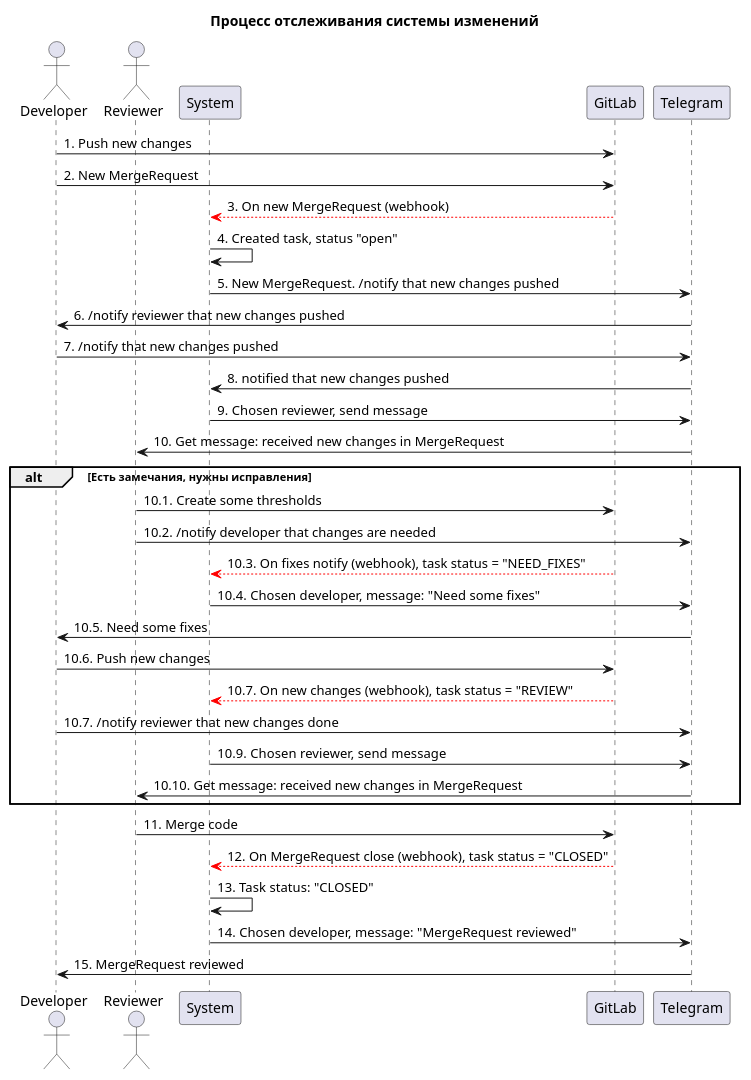
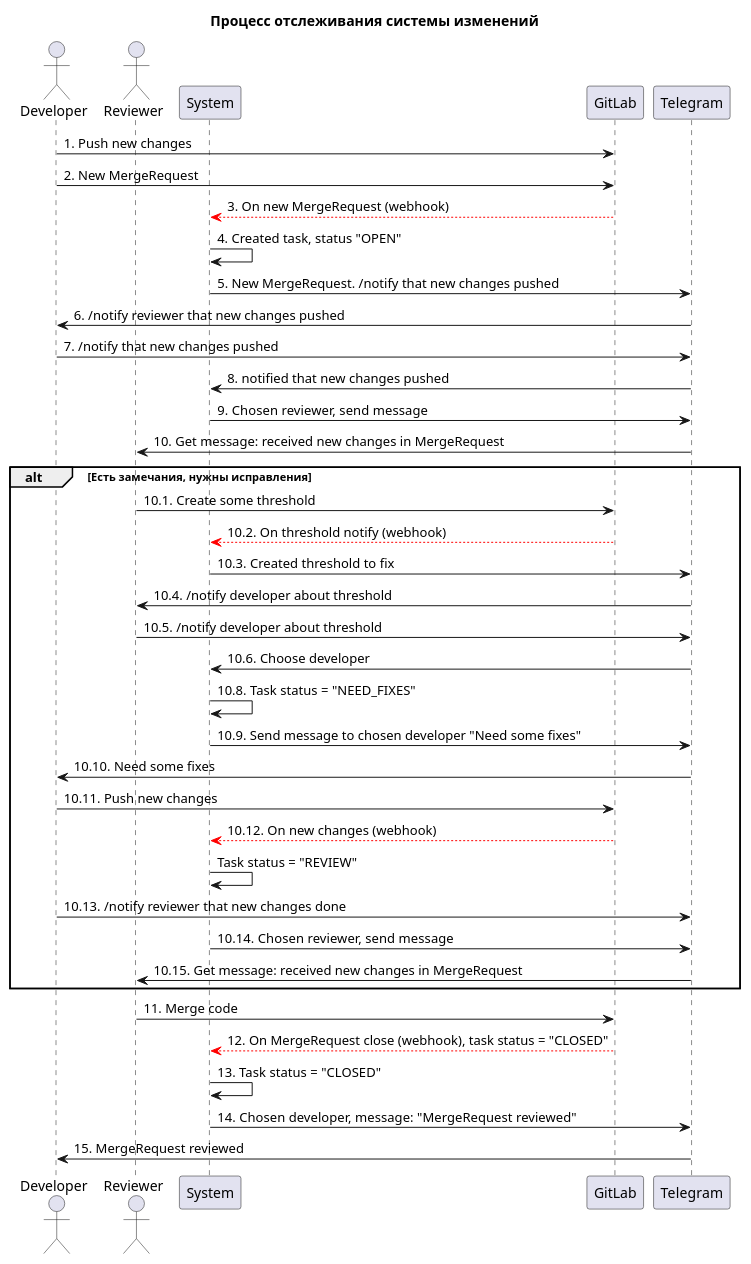
One commit to rof1an/gitlab-notification-service changed the diagram in docs/process.puml. Above: the diagram before and after it, drawn with PlantUML. The commit also changed 1 other file, not shown here.

Commit message:
changed process diagram

```diff
--- a/docs/process.puml
+++ b/docs/process.puml
@@ -1,42 +1,48 @@
 @startuml
 
 title Процесс отслеживания системы изменений
 
 actor Developer as dev
 actor Reviewer as rev
 
 participant System as sys
 participant GitLab as gl
 participant Telegram as tg
 
 dev -> gl: 1. Push new changes
 dev -> gl: 2. New MergeRequest
 gl [#red]--> sys: 3. On new MergeRequest (webhook)
-sys -> sys: 4. Created task, status "open"
+sys -> sys: 4. Created task, status "OPEN"
 sys -> tg: 5. New MergeRequest. /notify that new changes pushed
 tg -> dev: 6. /notify reviewer that new changes pushed
 dev -> tg: 7. /notify that new changes pushed
 tg -> sys: 8. notified that new changes pushed
 sys -> tg: 9. Chosen reviewer, send message
 tg -> rev: 10. Get message: received new changes in MergeRequest
 
 alt Есть замечания, нужны исправления
-rev -> gl: 10.1. Create some thresholds
-rev -> tg: 10.2. /notify developer that changes are needed
-gl [#red]--> sys: 10.3. On fixes notify (webhook), task status = "NEED_FIXES"
-sys -> tg: 10.4. Chosen developer, message: "Need some fixes"
-tg -> dev: 10.5. Need some fixes
-dev -> gl: 10.6. Push new changes
-gl [#red]--> sys: 10.7. On new changes (webhook), task status = "REVIEW"
-dev -> tg: 10.7. /notify reviewer that new changes done
-sys -> tg: 10.9. Chosen reviewer, send message
-tg -> rev: 10.10. Get message: received new changes in MergeRequest
+rev -> gl: 10.1. Create some threshold
+gl [#red]--> sys: 10.2. On threshold notify (webhook)
+sys -> tg: 10.3. Created threshold to fix
+tg -> rev: 10.4. /notify developer about threshold
+rev -> tg: 10.5. /notify developer about threshold
+tg -> sys: 10.6. Choose developer
+'gl [#red]--> sys: 10.7. On fixes notify (webhook)
+sys -> sys: 10.8. Task status = "NEED_FIXES"
+sys -> tg: 10.9. Send message to chosen developer "Need some fixes"
+tg -> dev: 10.10. Need some fixes
+dev -> gl: 10.11. Push new changes
+gl [#red]--> sys: 10.12. On new changes (webhook)
+sys -> sys: Task status = "REVIEW"
+dev -> tg: 10.13. /notify reviewer that new changes done
+sys -> tg: 10.14. Chosen reviewer, send message
+tg -> rev: 10.15. Get message: received new changes in MergeRequest
 end
 
 rev -> gl: 11. Merge code
 gl [#red]--> sys: 12. On MergeRequest close (webhook), task status = "CLOSED"
-sys -> sys: 13. Task status: "CLOSED"
+sys -> sys: 13. Task status = "CLOSED"
 sys -> tg: 14. Chosen developer, message: "MergeRequest reviewed"
 tg -> dev: 15. MergeRequest reviewed
 
 @enduml
```
